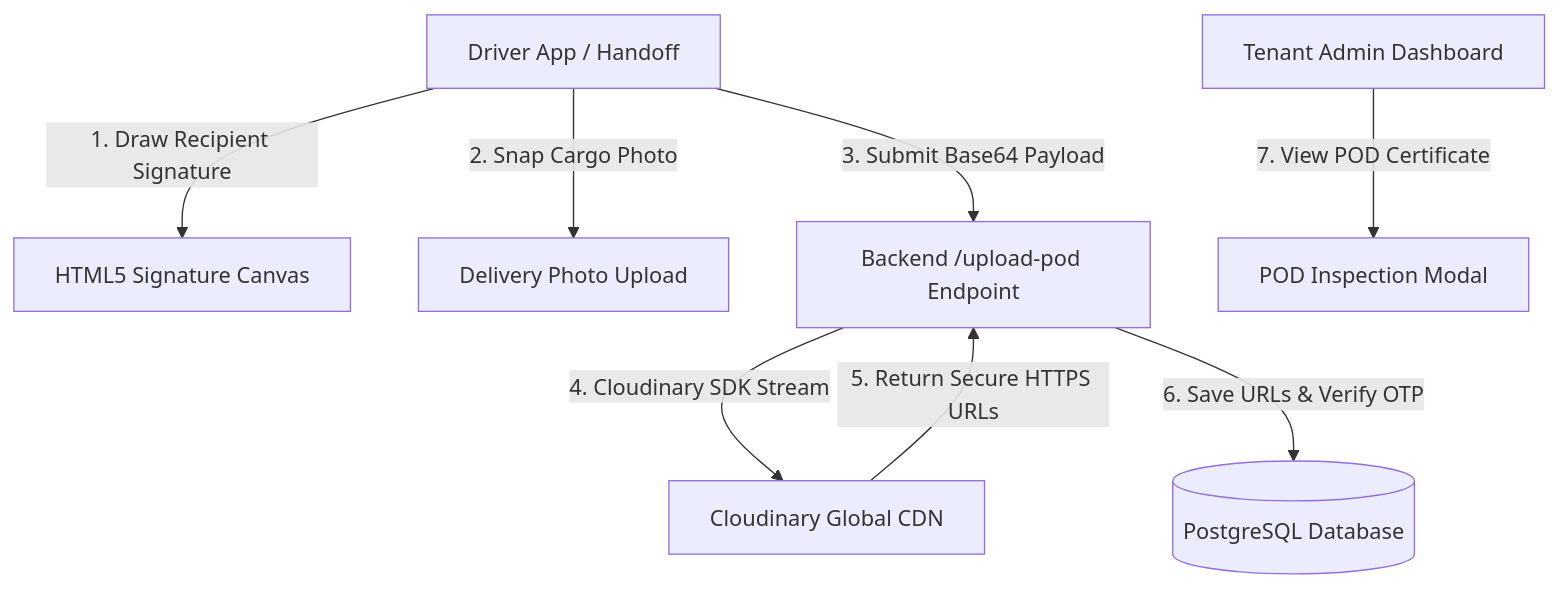
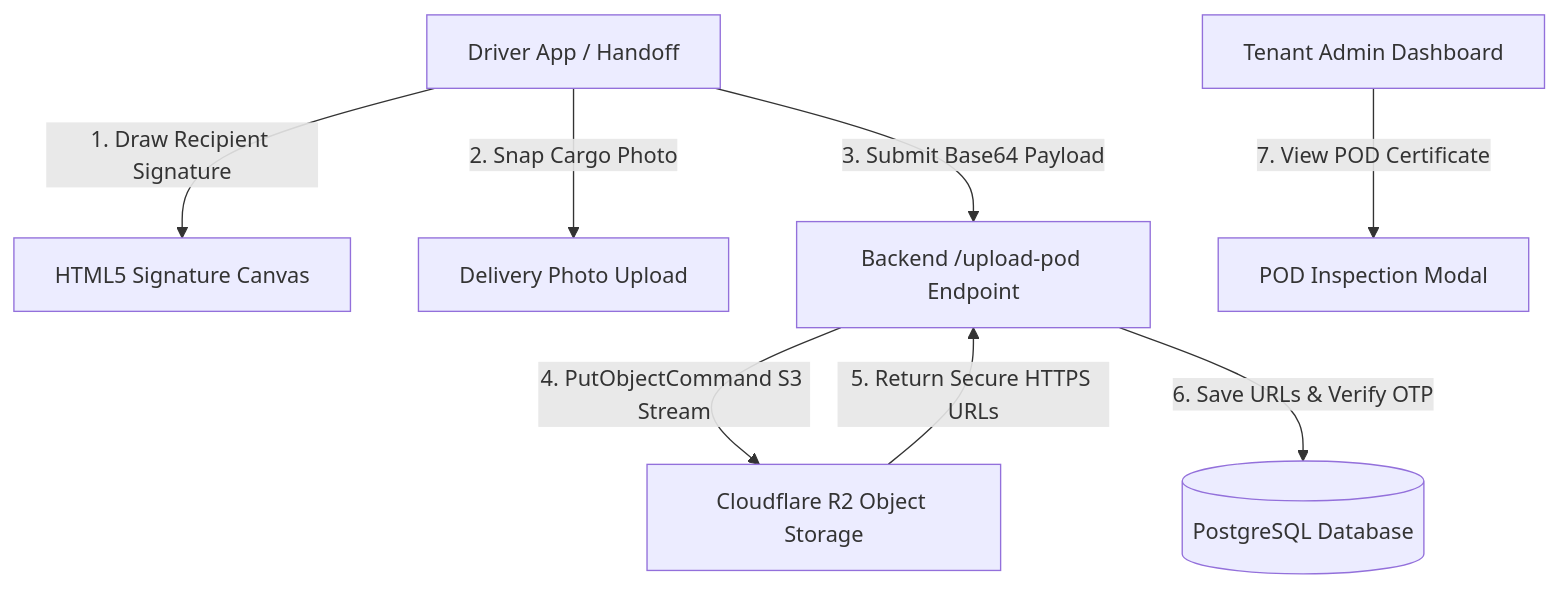
Before and after one commit to We13b-MD/My-logistic-Platform: the ninth of 14 diagrams in docs/guides/learning_notes.md, drawn with Mermaid. The commit also changed other lines of this file and 57 other files, not shown here.

````diff
--- a/docs/guides/learning_notes.md
+++ b/docs/guides/learning_notes.md
@@ -1074,10 +1081,10 @@
 ```mermaid
 graph TD
     Driver[Driver App / Handoff] -->|1. Draw Recipient Signature| Canvas[HTML5 Signature Canvas]
     Driver -->|2. Snap Cargo Photo| Photo[Delivery Photo Upload]
     Driver -->|3. Submit Base64 Payload| Server[Backend /upload-pod Endpoint]
-    Server -->|4. Cloudinary SDK Stream| Cloudinary[Cloudinary Global CDN]
-    Cloudinary -->|5. Return Secure HTTPS URLs| Server
+    Server -->|4. PutObjectCommand S3 Stream| R2[Cloudflare R2 Object Storage]
+    R2 -->|5. Return Secure HTTPS URLs| Server
     Server -->|6. Save URLs & Verify OTP| DB[(PostgreSQL Database)]
     Admin[Tenant Admin Dashboard] -->|7. View POD Certificate| Modal[POD Inspection Modal]
 ```
````
